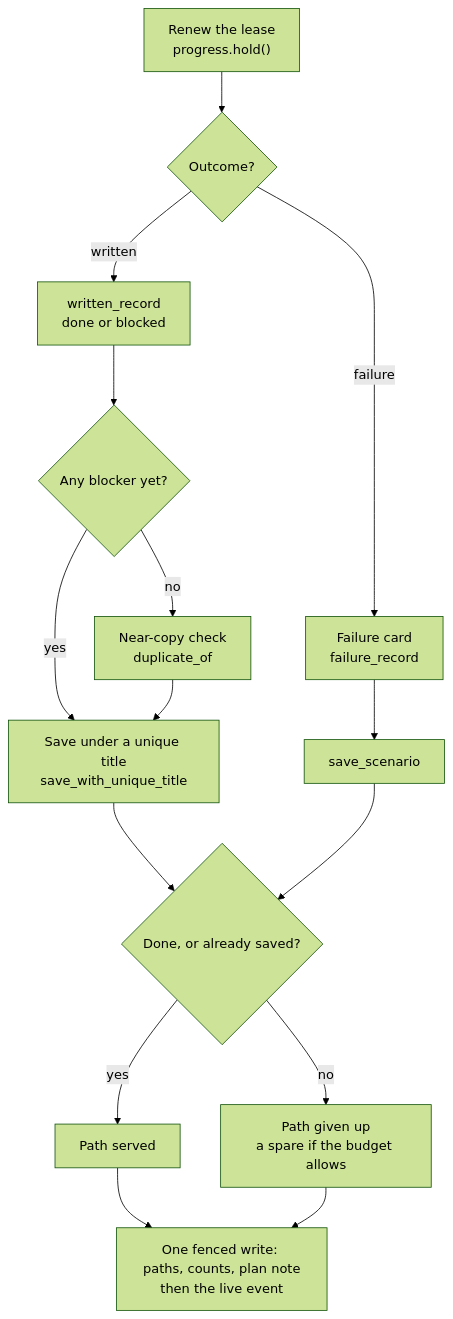
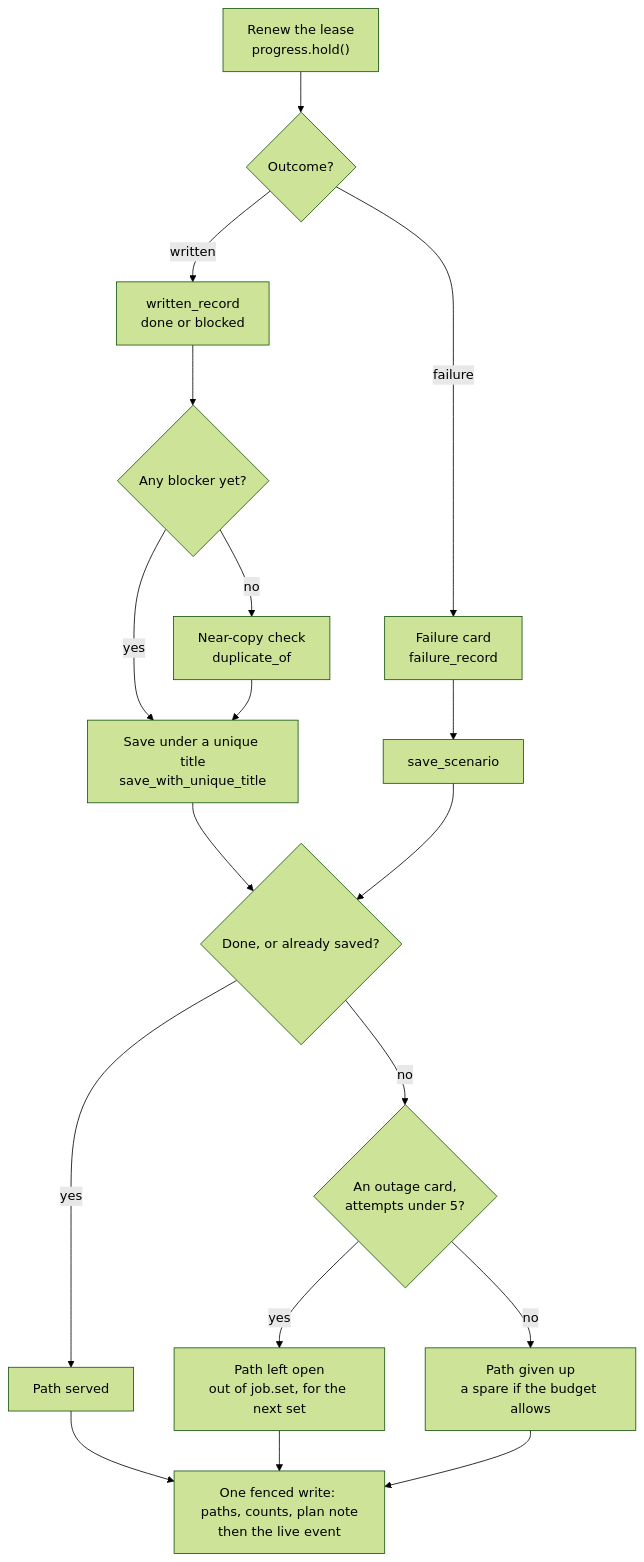
Before and after one commit to gopalchettri/cii: the ninth of 13 diagrams in docs/TSG_END_TO_END_FLOW.md, drawn with Mermaid (forest theme). The commit also changed other lines of this file and 102 other files, not shown here.

````diff
--- a/docs/TSG_END_TO_END_FLOW.md
+++ b/docs/TSG_END_TO_END_FLOW.md
@@ -2628,17 +2639,20 @@
 ```mermaid
 flowchart TB
     H["Renew the lease<br/>progress.hold()"] --> K{"Outcome?"}
     K -- failure --> FC["Failure card<br/>failure_record"]
     K -- written --> WR["written_record<br/>done or blocked"]
     WR --> NC{"Any blocker yet?"}
     NC -- no --> DUP["Near-copy check<br/>duplicate_of"]
     NC -- yes --> T["Save under a unique title<br/>save_with_unique_title"]
     DUP --> T
     FC --> SV["save_scenario"]
     T --> D{"Done, or already saved?"}
     SV --> D
     D -- yes --> SERVED["Path served"]
-    D -- no --> AB["Path given up<br/>a spare if the budget allows"]
+    D -- no --> O{"An outage card,<br/>attempts under 5?"}
+    O -- yes --> NS["Path left open<br/>out of job.set, for the next set"]
+    O -- no --> AB["Path given up<br/>a spare if the budget allows"]
     SERVED --> FW["One fenced write: paths, counts, plan note<br/>then the live event"]
+    NS --> FW
     AB --> FW
 ```
````
